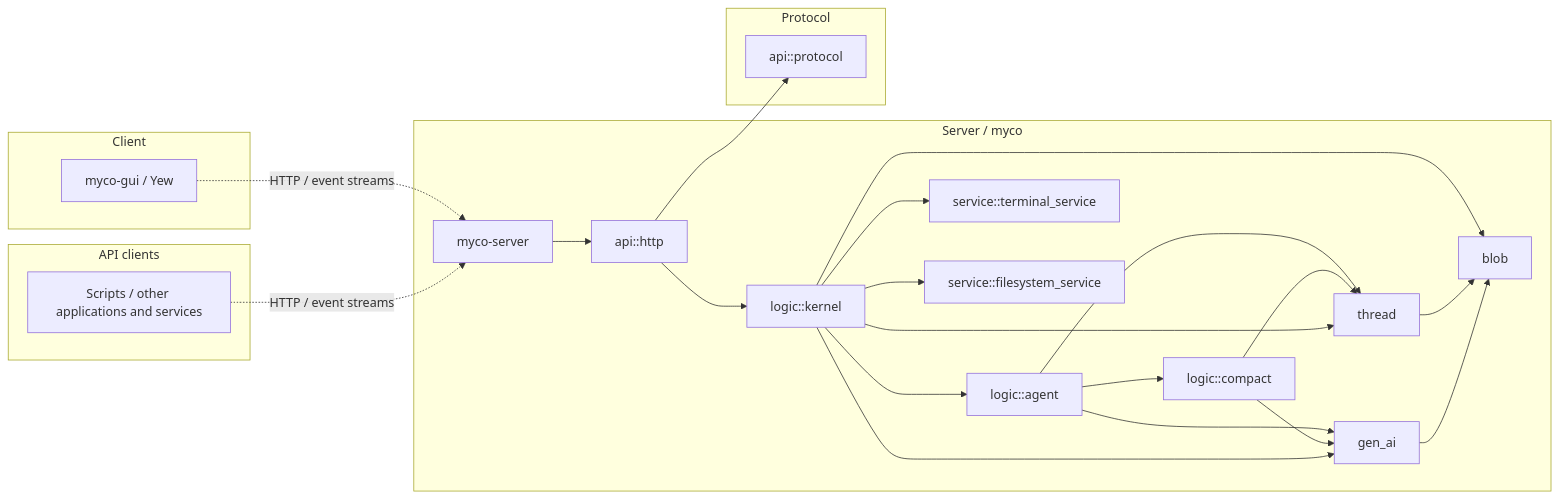
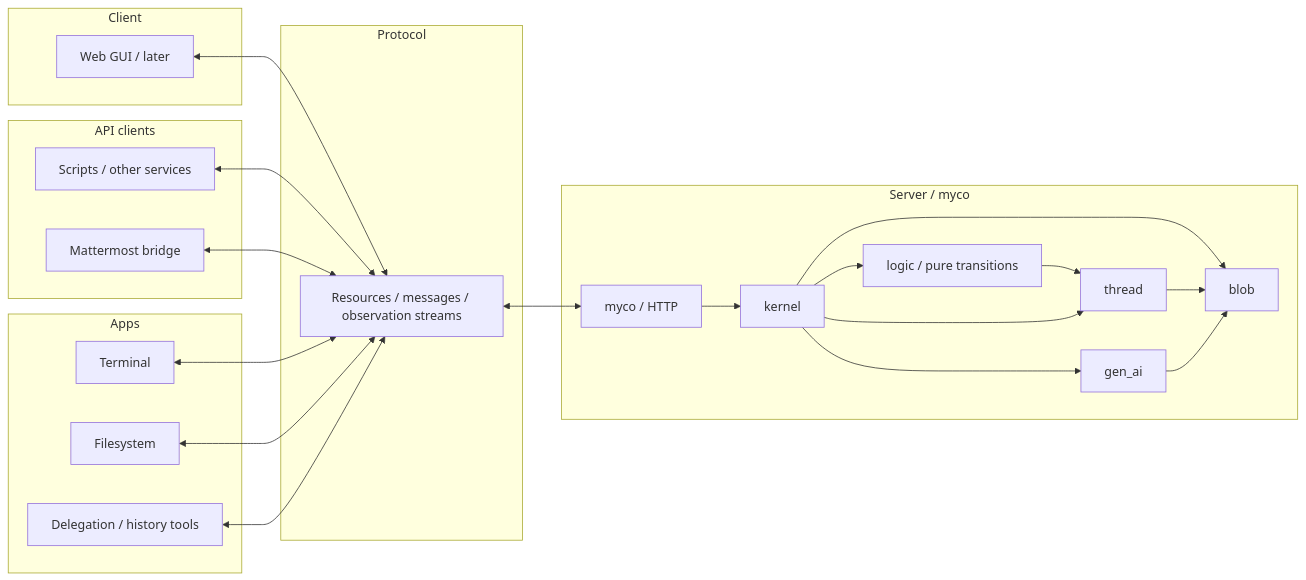
Before and after one commit to tsnl/myco: the diagram in DESIGN.md, drawn with Mermaid. The commit also changed other lines of this file and 2 other files, not shown here.

First line of the commit message:
Design an extensible server with pure workflow logic (#306)

````diff
--- a/DESIGN.md
+++ b/DESIGN.md
@@ -30,34 +33,35 @@
 ```mermaid
 flowchart LR
     subgraph Server["Server / myco"]
-        server[myco-server] --> http[api::http]
-        http --> kernel[logic::kernel]
-        kernel --> agent[logic::agent]
-        agent --> compact[logic::compact]
-        agent --> thread
-        agent --> gen_ai
-        compact --> thread
-        compact --> gen_ai
+        server[myco / HTTP] --> kernel
+        kernel --> logic["logic / pure transitions"]
+        logic --> thread
         kernel --> thread
         kernel --> gen_ai
         kernel --> blob
-        thread[thread]
-        gen_ai[gen_ai]
-        thread --> blob[blob]
+        thread --> blob
         gen_ai --> blob
-        kernel --> terminal[service::terminal_service]
-        kernel --> filesystem[service::filesystem_service]
     end
     subgraph Protocol
-        protocol[api::protocol]
+        api["Resources / messages / observation streams"]
     end
     subgraph Client
-        gui[myco-gui / Yew]
+        gui["Web GUI / later"]
     end
-    subgraph Integrations[API clients]
-        scripts["Scripts / other applications and services"]
+    subgraph Integrations["API clients"]
+        scripts["Scripts / other services"]
+        mattermost["Mattermost bridge"]
     end
-    http --> protocol
-    gui -. HTTP / event streams .-> server
-    scripts -. HTTP / event streams .-> server
+    subgraph Apps
+        terminal[Terminal]
+        filesystem[Filesystem]
+        delegation["Delegation / history tools"]
+    end
+    gui <--> api
+    scripts <--> api
+    mattermost <--> api
+    terminal <--> api
+    filesystem <--> api
+    delegation <--> api
+    api <--> server
 ```
````
